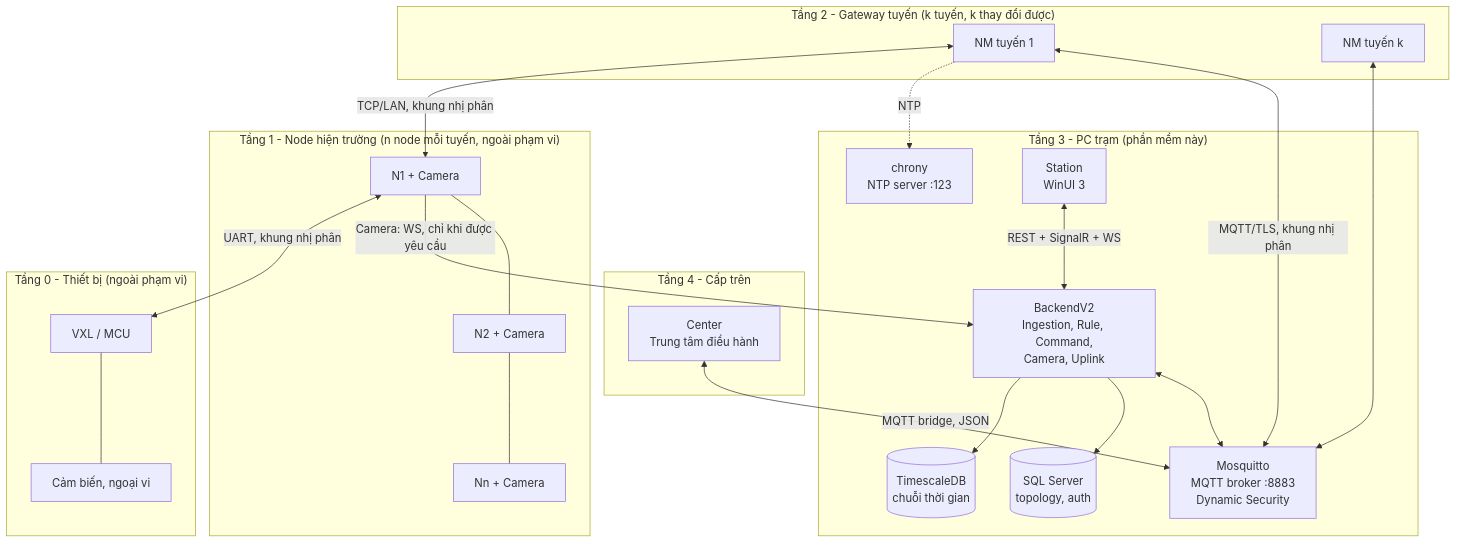
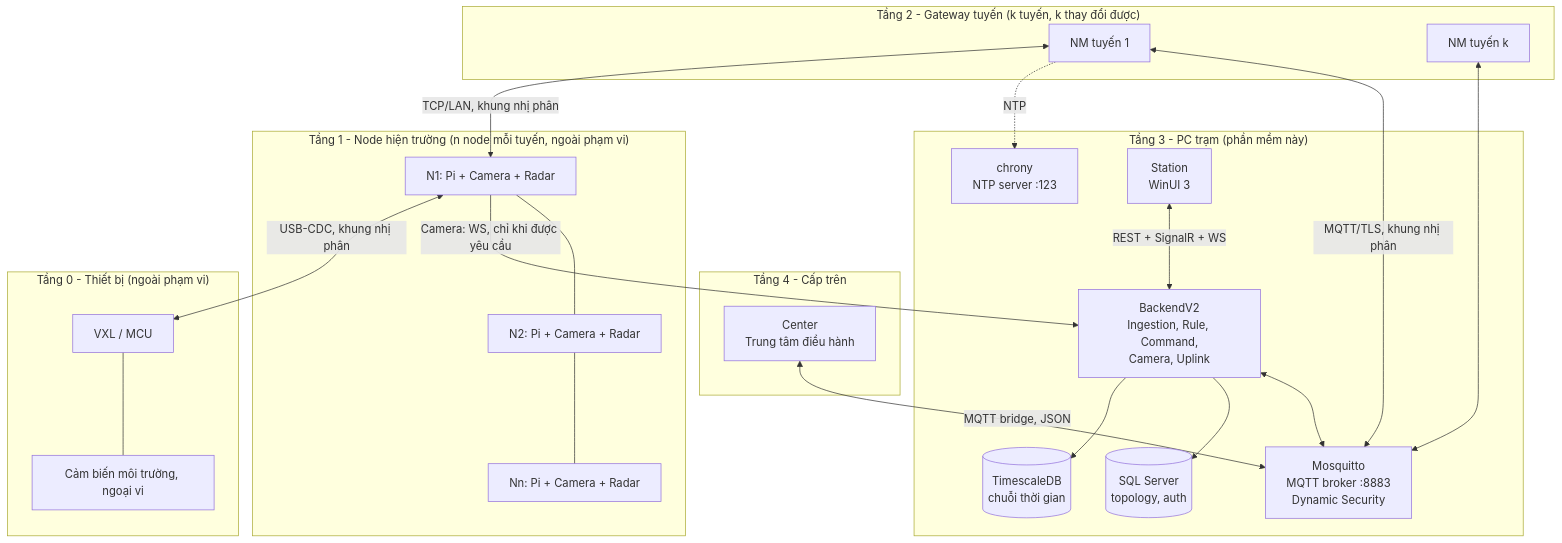
One commit to hiinguyen/Tunnel_Security changed the first of 5 diagrams in docs/lan-architecture-protocol.md. Above: the diagram before and after it, drawn with Mermaid. The commit also changed other lines of this file and 8 other files, not shown here.

````diff
--- a/docs/lan-architecture-protocol.md
+++ b/docs/lan-architecture-protocol.md
@@ -35,40 +35,40 @@
 ```mermaid
 graph TB
     subgraph L4["Tầng 4 - Cấp trên"]
         CENTER[Center<br/>Trung tâm điều hành]
     end
 
     subgraph L3["Tầng 3 - PC trạm (phần mềm này)"]
         BROKER[Mosquitto<br/>MQTT broker :8883<br/>Dynamic Security]
         BV2[BackendV2<br/>Ingestion, Rule, Command,<br/>Camera, Uplink]
         DB[(SQL Server<br/>topology, auth)]
         TS[(TimescaleDB<br/>chuỗi thời gian)]
         NTP[chrony<br/>NTP server :123]
         STATION[Station<br/>WinUI 3]
     end
 
     subgraph L2["Tầng 2 - Gateway tuyến (k tuyến, k thay đổi được)"]
         NM1[NM tuyến 1]
         NMk[NM tuyến k]
     end
 
     subgraph L1["Tầng 1 - Node hiện trường (n node mỗi tuyến, ngoài phạm vi)"]
-        N1[N1 + Camera] --- N2[N2 + Camera] --- Nn[Nn + Camera]
+        N1[N1: Pi + Camera + Radar] --- N2[N2: Pi + Camera + Radar] --- Nn[Nn: Pi + Camera + Radar]
     end
 
     subgraph L0["Tầng 0 - Thiết bị (ngoài phạm vi)"]
-        VXL[VXL / MCU] --- SS[Cảm biến, ngoại vi]
+        VXL[VXL / MCU] --- SS[Cảm biến môi trường, ngoại vi]
     end
 
     CENTER <-- "MQTT bridge, JSON" --> BROKER
     BV2 <--> BROKER
     BV2 --> DB
     BV2 --> TS
     STATION <-- "REST + SignalR + WS" --> BV2
     NM1 <-- "MQTT/TLS, khung nhị phân" --> BROKER
     NMk <--> BROKER
     NM1 -. NTP .-> NTP
     NM1 <-- "TCP/LAN, khung nhị phân" --> N1
     N1 -- "Camera: WS, chỉ khi được yêu cầu" --> BV2
-    N1 <-- "UART, khung nhị phân" --> VXL
+    N1 <-- "USB-CDC, khung nhị phân" --> VXL
 ```
````
